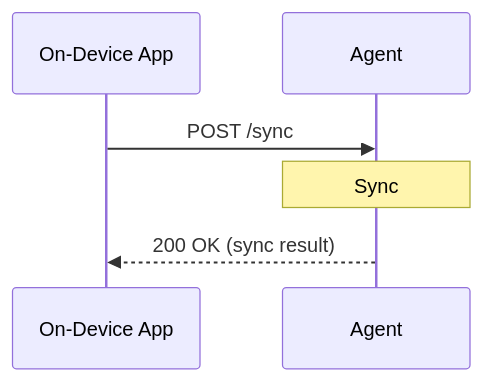
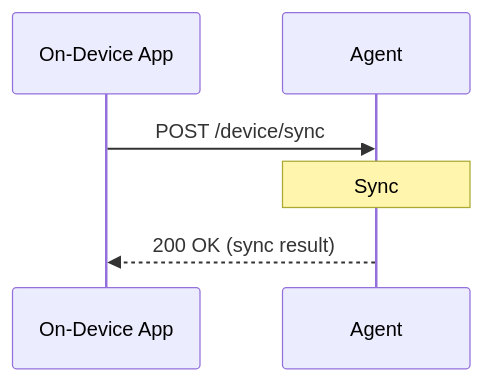
One commit to mirurobotics/docs changed the fourth of 4 diagrams in docs/developers/agent/architecture.mdx. Above: the diagram before and after it, drawn with Mermaid.

Commit message:
fix(docs): correct sync endpoint path in agent architecture diagram
The mermaid sequence diagram showed POST /sync as the endpoint for
manually triggering a device sync. The correct Device API endpoint
is POST /device/sync.

````diff
--- a/docs/developers/agent/architecture.mdx
+++ b/docs/developers/agent/architecture.mdx
@@ -89,9 +89,9 @@
 ```mermaid
 sequenceDiagram
     participant L as On-Device App
     participant A as Agent
 
-    L->>A: POST /sync
+    L->>A: POST /device/sync
     Note over A: Sync
     A-->>L: 200 OK (sync result)
 ```
````
